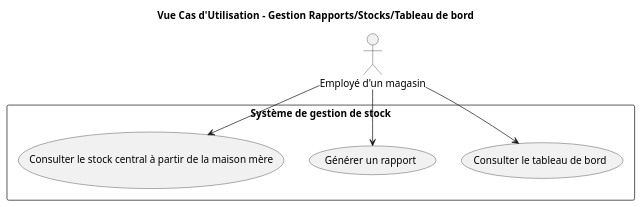
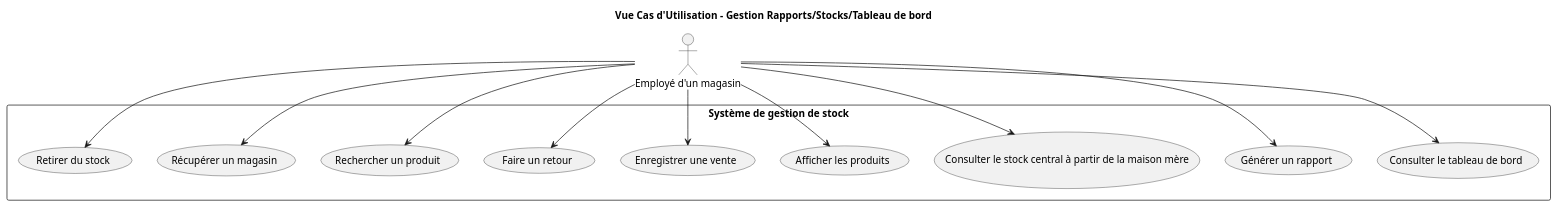
Before and after one commit to ChawkiBenzeghiba/Lab2-LOG430: the diagram in docs/UML/vue_cas_utilisation.puml, drawn with PlantUML. The commit also changed 1 other file, not shown here.

```diff
--- a/docs/UML/vue_cas_utilisation.puml
+++ b/docs/UML/vue_cas_utilisation.puml
@@ -1,16 +1,28 @@
 @startuml
 title Vue Cas d'Utilisation – Gestion Rapports/Stocks/Tableau de bord
 
 actor "Employé d'un magasin" as user
 
 rectangle "Système de gestion de stock" {
   usecase "Consulter le tableau de bord" as UC1
   usecase "Générer un rapport" as UC2
   usecase "Consulter le stock central à partir de la maison mère" as UC3
+  usecase "Afficher les produits" as UC4
+  usecase "Enregistrer une vente" as UC5
+  usecase "Faire un retour" as UC6
+  usecase "Rechercher un produit" as UC7
+  usecase "Récupérer un magasin" as UC8
+  usecase "Retirer du stock" as UC9
 }
 user --> UC1
 user --> UC2
 user --> UC3
+user --> UC4
+user --> UC5
+user --> UC6
+user --> UC7
+user --> UC8
+user --> UC9
 
 
 @enduml
```
